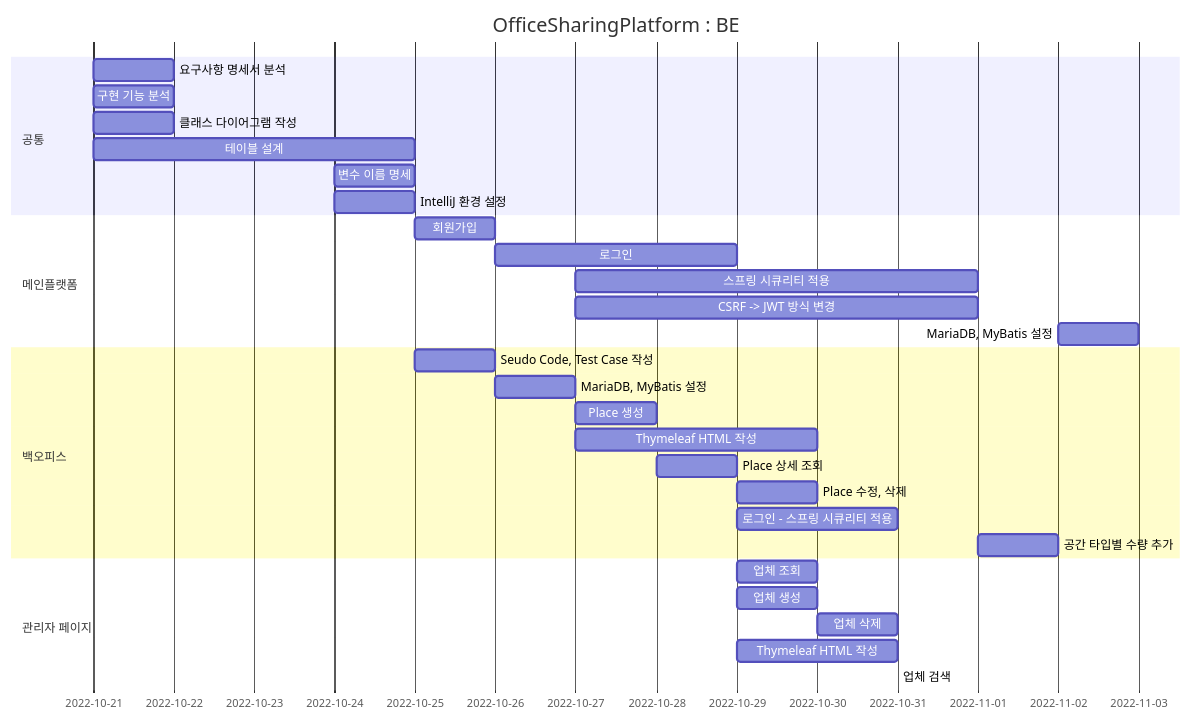
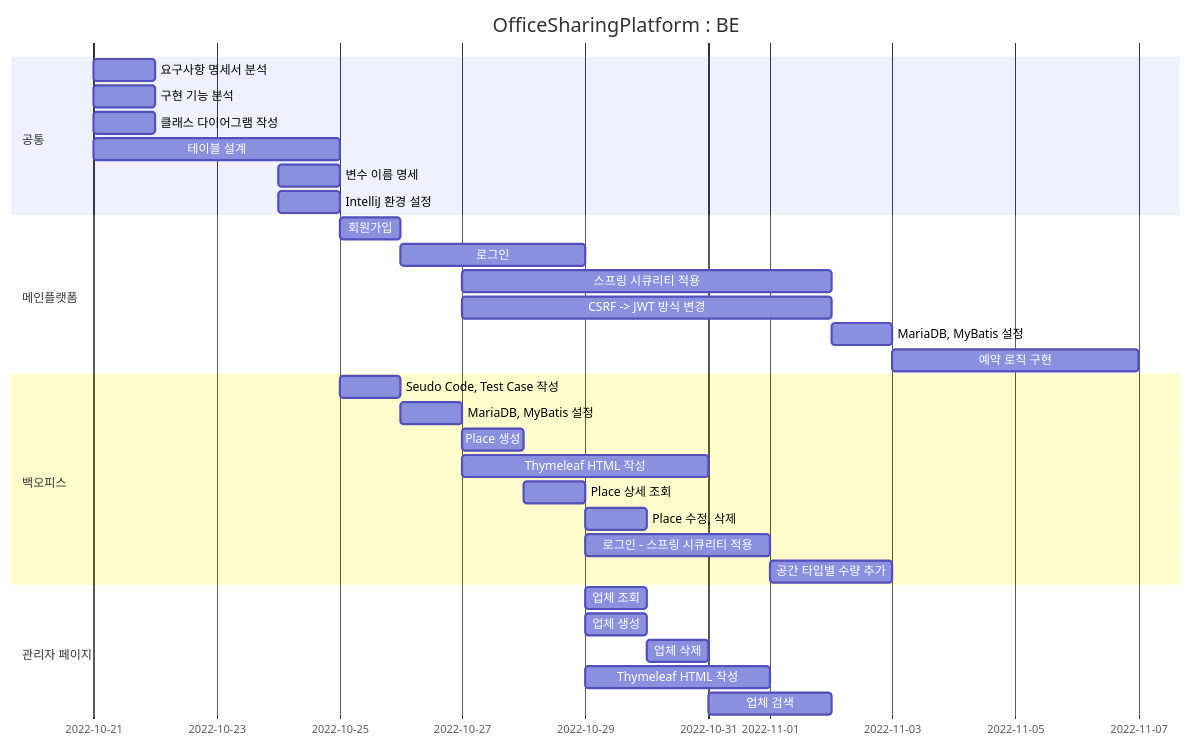
The diagram in README.md (Hell-O-Demon-World/semi-OfficeSharingPlatform), drawn with Mermaid before and after one commit.

Commit message:
update : README

````diff
--- a/README.md
+++ b/README.md
@@ -9,38 +9,39 @@
 ```mermaid
 gantt
 dateFormat MM-DD
 title OfficeSharingPlatform : BE
 
     section 공통
     요구사항 명세서 분석      :chap1, 10-21, 1d
     구현 기능 분석          :chap2, 10-21, 1d
     클래스 다이어그램 작성    :chap3, 10-21, 1d 
     테이블 설계            :chap4, 10-21, 4d
     변수 이름 명세          :chap5, 10-24, 1d
     IntelliJ 환경 설정     :chap6, 10-24, 1d
 
     section 메인플랫폼
     회원가입                :chap1, 10-25, 1d
     로그인                 :chap2, 10-26, 3d
-    스프링 시큐리티 적용       :chap3, 10-27, 11-01
-    CSRF -> JWT 방식 변경   :chap4, 10-27, 11-01
+    스프링 시큐리티 적용       :chap3, 10-27, 6d
+    CSRF -> JWT 방식 변경   :chap4, 10-27, 6d
     MariaDB, MyBatis 설정 :chap5, 11-02, 1d
+    예약 로직 구현           :chap6, 11-03, 4d
     
     section 백오피스
     Seudo Code, Test Case 작성    :chap1, 10-25, 1d
     MariaDB, MyBatis 설정         :chap2, 10-26, 1d
     Place 생성                    :chap3, 10-27, 1d
-    Thymeleaf HTML 작성           :chap4, 10-27, 10-30
+    Thymeleaf HTML 작성           :chap4, 10-27, 4d
     Place 상세 조회                :chap5, 10-28, 1d
     Place 수정, 삭제               :chap6, 10-29, 1d
-    로그인 - 스프링 시큐리티 적용       :chap7, 10-29, 10-31
-    공간 타입별 수량 추가             :chap8, 11-01, 11-02
+    로그인 - 스프링 시큐리티 적용       :chap7, 10-29, 3d
+    공간 타입별 수량 추가             :chap8, 11-01, 2d
     
     section 관리자 페이지
     업체 조회              :chap1, 10-29, 1d
     업체 생성              :chap2, 10-29, 1d
     업체 삭제              :chap3, 10-30, 1d
-    Thymeleaf HTML 작성   :chap4, 10-29, 10-31
-    업체 검색              :chap5, 10-31, 10-31
+    Thymeleaf HTML 작성   :chap4, 10-29, 3d
+    업체 검색              :chap5, 10-31, 2d
     
 ```
````
